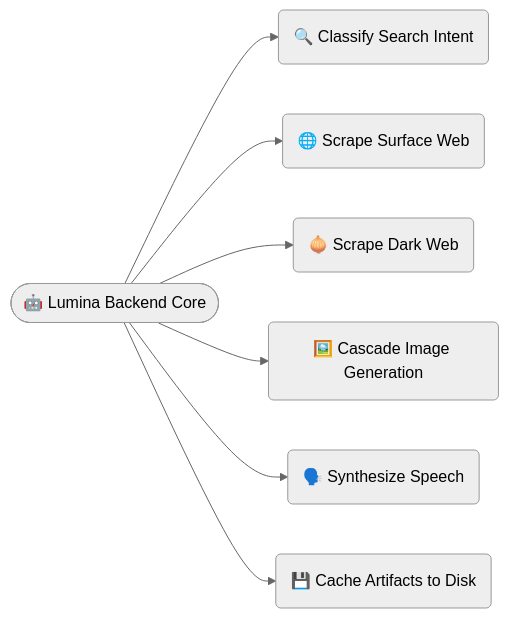
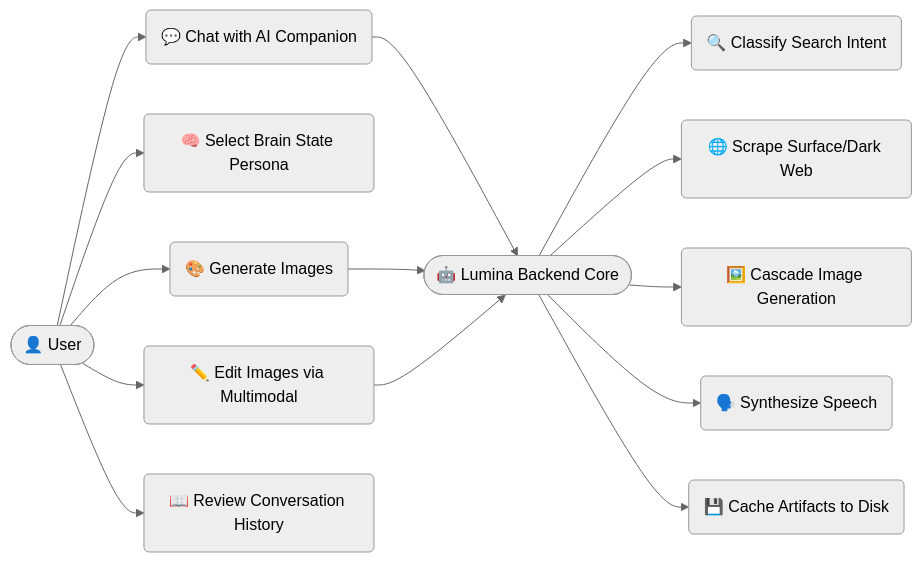
One commit to Mhghazy/Lumina-AI changed the third of 5 diagrams in lumina_technical_documentation.md. Above: the diagram before and after it, drawn with Mermaid (neutral theme). The commit also changed other lines of this file, not shown here.

Commit message:
docs: fix Mermaid syntax in deployment diagram and merge use-case diagrams

````diff
--- a/lumina_technical_documentation.md
+++ b/lumina_technical_documentation.md
@@ -812,10 +799,22 @@
 ```mermaid
 flowchart LR
+    User([👤 User])
     Lumina([🤖 Lumina Backend Core])
-    Lumina --> UC1(🔍 Classify Search Intent)
-    Lumina --> UC2(🌐 Scrape Surface Web)
-    Lumina --> UC3(🧅 Scrape Dark Web)
-    Lumina --> UC4(🖼️ Cascade Image Generation)
-    Lumina --> UC5(🗣️ Synthesize Speech)
-    Lumina --> UC6(💾 Cache Artifacts to Disk)
+    
+    User --> UC1(💬 Chat with AI Companion)
+    User --> UC2(🧠 Select Brain State Persona)
+    User --> UC3(🎨 Generate Images)
+    User --> UC4(✏️ Edit Images via Multimodal)
+    User --> UC5(📖 Review Conversation History)
+    
+    %% Connections between User intents and Backend Execution
+    UC1 --> Lumina
+    UC3 --> Lumina
+    UC4 --> Lumina
+    
+    Lumina --> BUC1(🔍 Classify Search Intent)
+    Lumina --> BUC2(🌐 Scrape Surface/Dark Web)
+    Lumina --> BUC4(🖼️ Cascade Image Generation)
+    Lumina --> BUC5(🗣️ Synthesize Speech)
+    Lumina --> BUC6(💾 Cache Artifacts to Disk)
 ```
````
